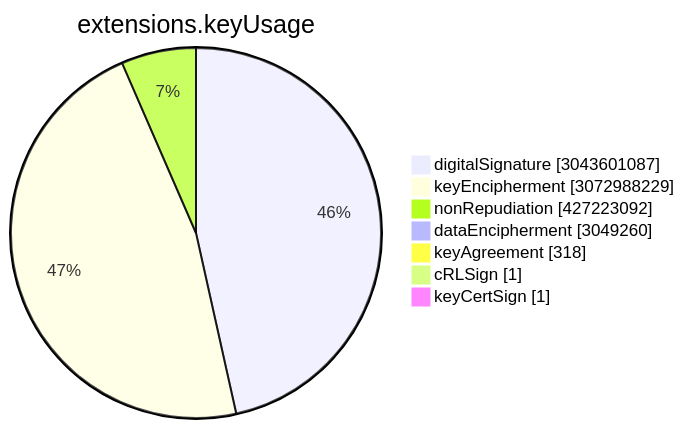
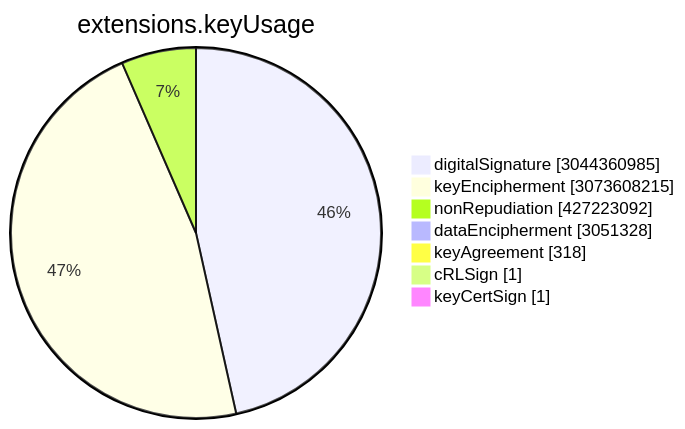
The sixth of 15 diagrams in TOTAL/README.md (christiankrug/ctmonitor_visualization), drawn with Mermaid before and after one commit. The commit also changed other lines of this file, not shown here.

````diff
--- a/TOTAL/README.md
+++ b/TOTAL/README.md
@@ -3075,11 +3075,11 @@
 ```mermaid
 pie showData
 title extensions.keyUsage
-"digitalSignature" :3043601087
-"keyEncipherment" :3072988229
+"digitalSignature" :3044360985
+"keyEncipherment" :3073608215
 "nonRepudiation" :427223092
-"dataEncipherment" :3049260
+"dataEncipherment" :3051328
 "keyAgreement" :318
 "cRLSign" :1
 "keyCertSign" :1
 ```
````
